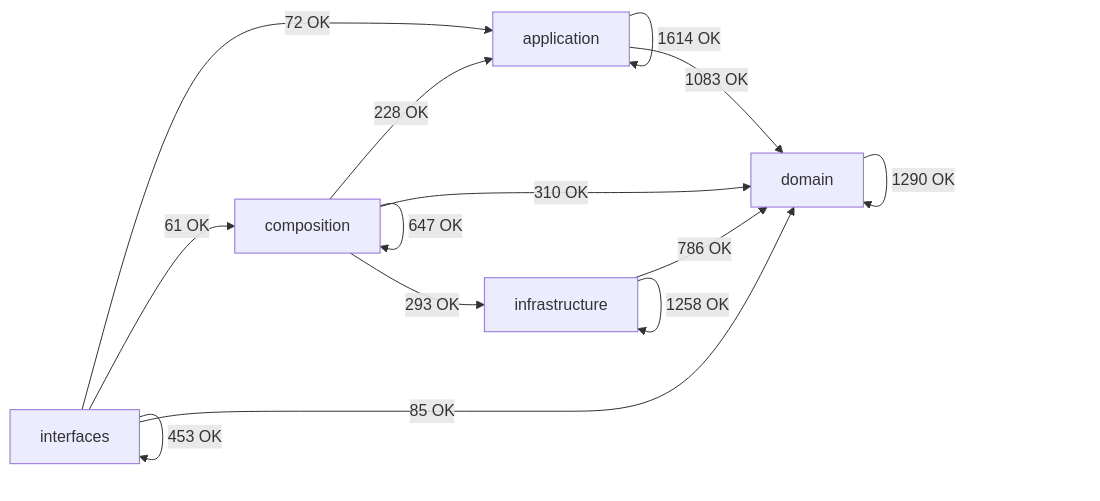
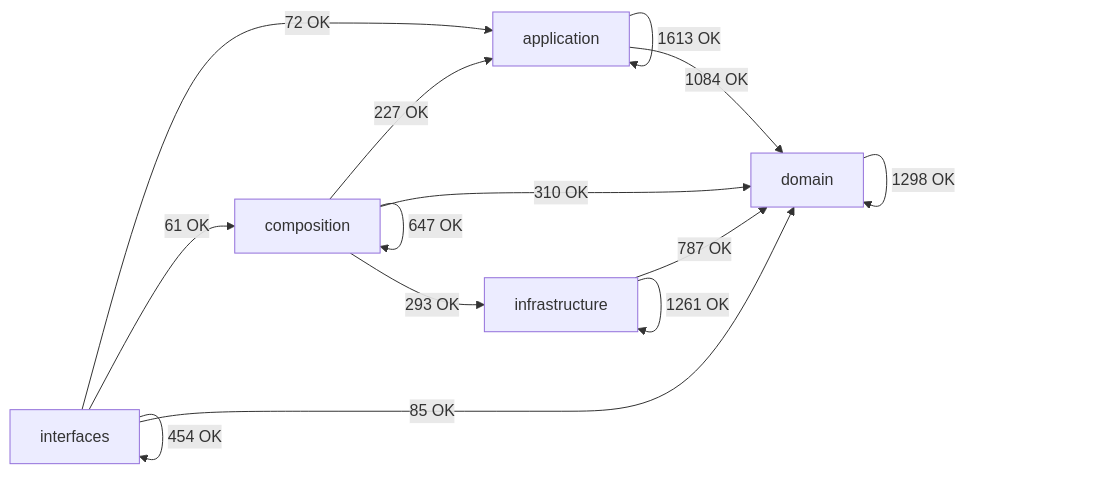
One commit to SatoryKono/BioactivityDataAcquisition changed the diagram in docs/02-architecture/generated/module-dependency-map.md. Above: the diagram before and after it, drawn with Mermaid. The commit also changed other lines of this file and 16 other files, not shown here.

````diff
--- a/docs/02-architecture/generated/module-dependency-map.md
+++ b/docs/02-architecture/generated/module-dependency-map.md
@@ -17,21 +17,21 @@
 ```mermaid
 flowchart LR
     domain[domain]
     application[application]
     infrastructure[infrastructure]
     composition[composition]
     interfaces[interfaces]
-    application -->|1614 OK| application
-    application -->|1083 OK| domain
-    composition -->|228 OK| application
+    application -->|1613 OK| application
+    application -->|1084 OK| domain
+    composition -->|227 OK| application
     composition -->|647 OK| composition
     composition -->|310 OK| domain
     composition -->|293 OK| infrastructure
-    domain -->|1290 OK| domain
-    infrastructure -->|786 OK| domain
-    infrastructure -->|1258 OK| infrastructure
+    domain -->|1298 OK| domain
+    infrastructure -->|787 OK| domain
+    infrastructure -->|1261 OK| infrastructure
     interfaces -->|72 OK| application
     interfaces -->|61 OK| composition
     interfaces -->|85 OK| domain
-    interfaces -->|453 OK| interfaces
+    interfaces -->|454 OK| interfaces
 ```
````
